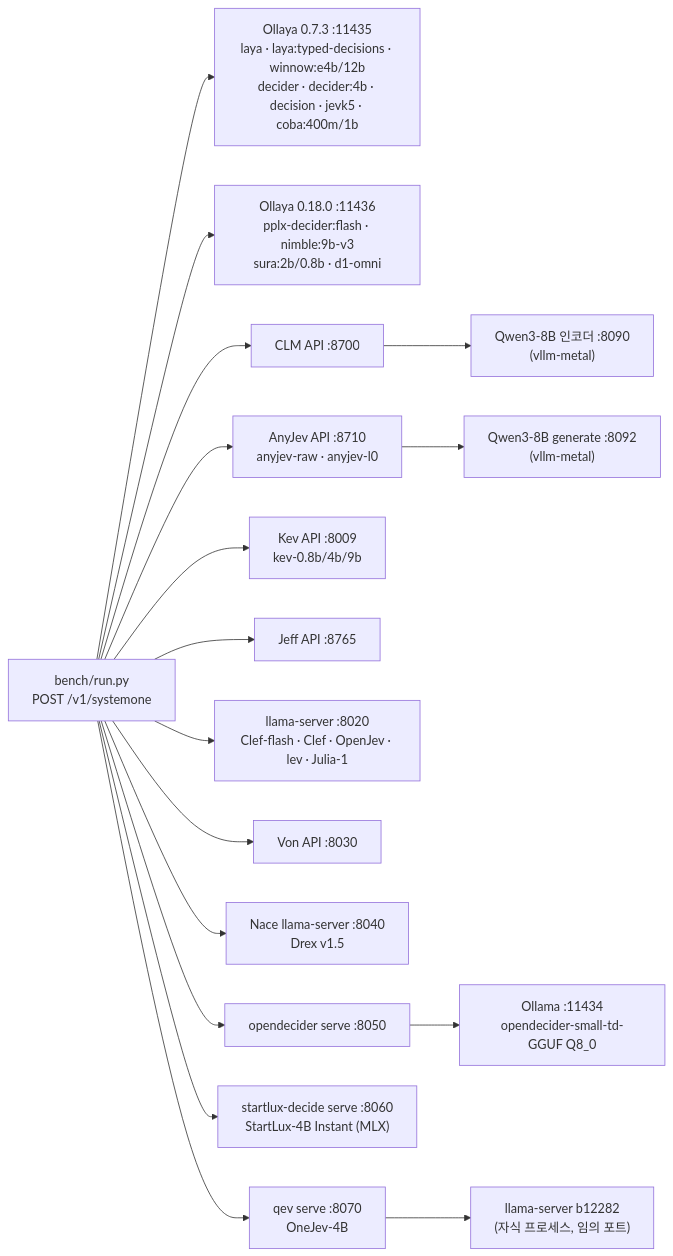
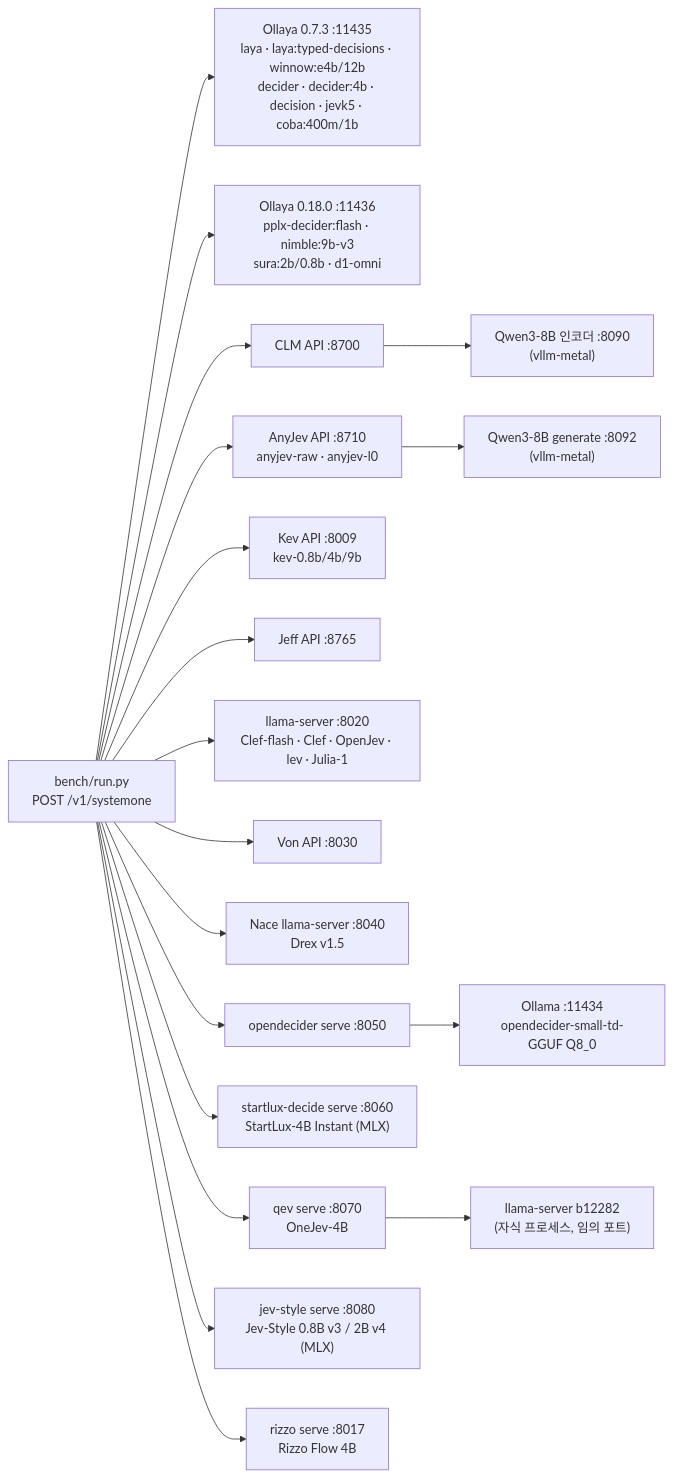
One commit to tak-bro/local-jev-bench changed the diagram in README.ko.md. Above: the diagram before and after it, drawn with Mermaid. The commit also changed other lines of this file and 385 other files, not shown here.

First line of the commit message:
feat(bench): re-measure all engines on 10 sets, add Jev-Style and Rizzo (#30)

````diff
--- a/README.ko.md
+++ b/README.ko.md
@@ -137,22 +151,24 @@
 ```mermaid
 flowchart LR
     client["bench/run.py<br/>POST /v1/systemone"]
 
     client --> ollaya1["Ollaya 0.7.3 :11435<br/>laya · laya:typed-decisions · winnow:e4b/12b<br/>decider · decider:4b · decision · jevk5 · coba:400m/1b"]
     client --> ollaya2["Ollaya 0.18.0 :11436<br/>pplx-decider:flash · nimble:9b-v3<br/>sura:2b/0.8b · d1-omni"]
     client --> clmapi["CLM API :8700"]
     client --> anyjevapi["AnyJev API :8710<br/>anyjev-raw · anyjev-l0"]
     client --> kevapi["Kev API :8009<br/>kev-0.8b/4b/9b"]
     client --> jeffapi["Jeff API :8765"]
     client --> llama["llama-server :8020<br/>Clef-flash · Clef · OpenJev · lev · Julia-1"]
     client --> vonapi["Von API :8030"]
     client --> drexapi["Nace llama-server :8040<br/>Drex v1.5"]
     client --> odapi["opendecider serve :8050"]
     client --> slapi["startlux-decide serve :8060<br/>StartLux-4B Instant (MLX)"]
     client --> qevapi["qev serve :8070<br/>OneJev-4B"]
+    client --> jsapi["jev-style serve :8080<br/>Jev-Style 0.8B v3 / 2B v4 (MLX)"]
+    client --> rzapi["rizzo serve :8017<br/>Rizzo Flow 4B"]
 
     clmapi --> embed8090["Qwen3-8B 인코더 :8090<br/>(vllm-metal)"]
     anyjevapi --> gen8092["Qwen3-8B generate :8092<br/>(vllm-metal)"]
     qevapi --> qevllama["llama-server b12282<br/>(자식 프로세스, 임의 포트)"]
     odapi --> ollama["Ollama :11434<br/>opendecider-small-td-GGUF Q8_0"]
 ```
````
